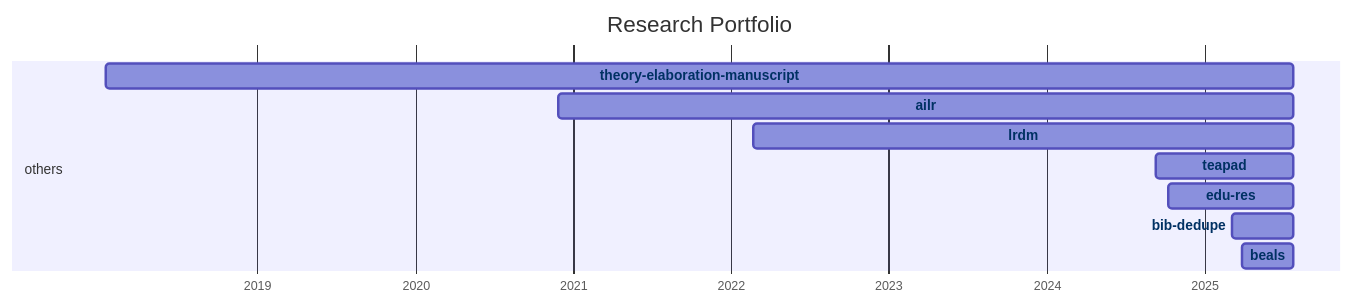
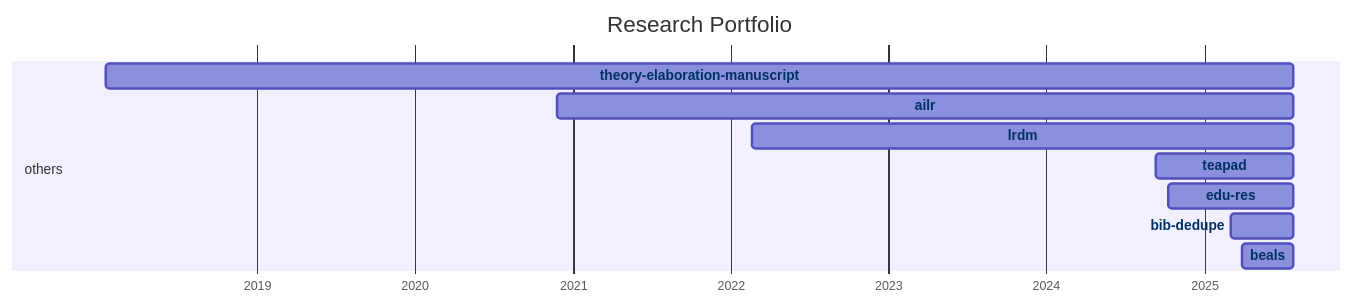
The diagram in docs/20-research/25-projects-gantt.md (digital-work-lab/handbook), drawn with Mermaid before and after one commit.

Commit message:
Update repository overview

````diff
--- a/docs/20-research/25-projects-gantt.md
+++ b/docs/20-research/25-projects-gantt.md
@@ -8,33 +8,33 @@
 ```mermaid
 ---
 displayMode: compact
 ---
 gantt
 title Research Portfolio
 dateFormat YYYY-MM-DD
 axisFormat %Y
 
     section work_practices
 
     section distributed_organizing
 
     section knowledge_synthesis
 
     section others
-        beals :beals, 2025-03-28, 2025-07-25
-        bib-dedupe :bib-dedupe, 2025-03-04, 2025-07-25
-        edu-res :edu-res, 2024-10-10, 2025-07-25
-        teapad :teapad, 2024-09-10, 2025-07-25
-        lrdm :lrdm, 2022-02-20, 2025-07-25
-        ailr :ailr, 2020-11-26, 2025-07-25
-        theory-elaboration-manuscript :theory-elaboration-manuscript, 2018-01-15, 2025-07-25
+        beals :beals, 2025-03-28, 2025-07-26
+        bib-dedupe :bib-dedupe, 2025-03-04, 2025-07-26
+        edu-res :edu-res, 2024-10-10, 2025-07-26
+        teapad :teapad, 2024-09-10, 2025-07-26
+        lrdm :lrdm, 2022-02-20, 2025-07-26
+        ailr :ailr, 2020-11-26, 2025-07-26
+        theory-elaboration-manuscript :theory-elaboration-manuscript, 2018-01-15, 2025-07-26
 
 
     click beals href "{{ site.baseurl }}/docs/10-lab/18-resources/beals.html"
     click bib-dedupe href "{{ site.baseurl }}/docs/10-lab/18-resources/bib-dedupe.html"
     click edu-res href "{{ site.baseurl }}/docs/10-lab/18-resources/edu-res.html"
     click teapad href "{{ site.baseurl }}/docs/10-lab/18-resources/teapad.html"
     click lrdm href "{{ site.baseurl }}/docs/10-lab/18-resources/lrdm.html"
     click ailr href "{{ site.baseurl }}/docs/10-lab/18-resources/ailr.html"
     click theory-elaboration-manuscript href "{{ site.baseurl }}/docs/10-lab/18-resources/theory-elaboration-manuscript.html"
 ```
````
